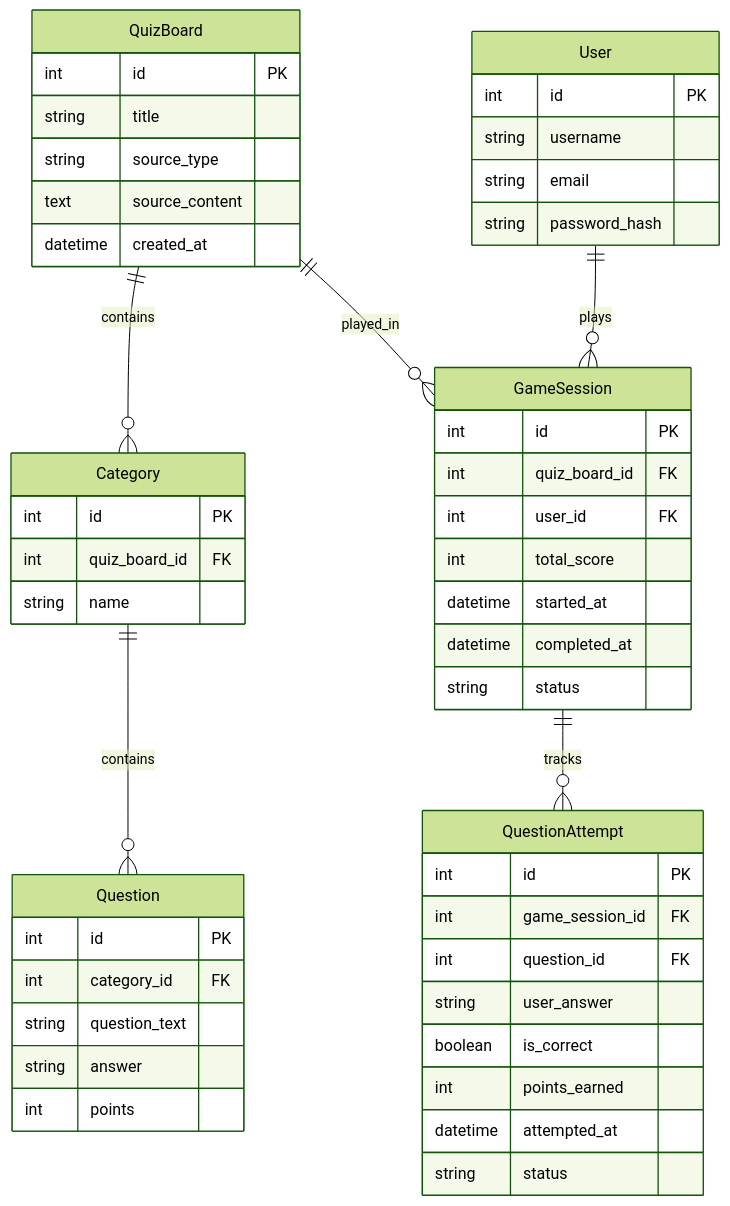
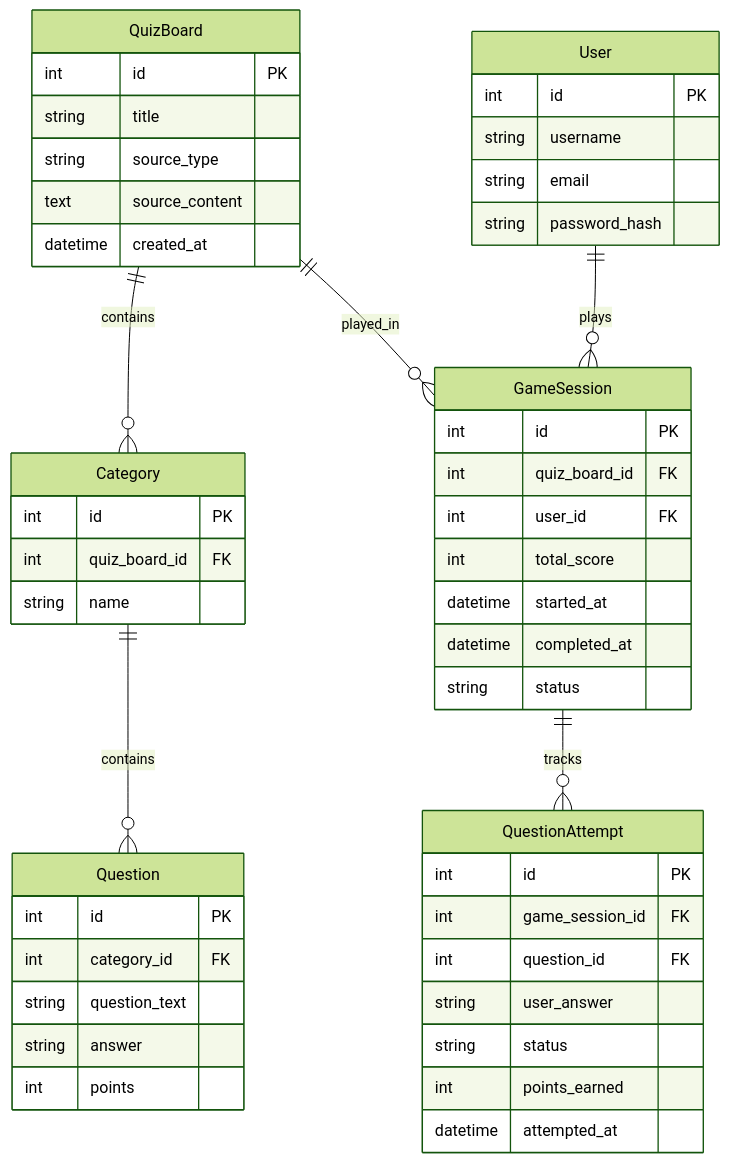
Before and after one commit to mental1337/jeopardyze: the second of 4 diagrams in docs/project_design_doc.md, drawn with Mermaid (forest theme). The commit also changed other lines of this file and 26 other files, not shown here.

````diff
--- a/docs/project_design_doc.md
+++ b/docs/project_design_doc.md
@@ -38,58 +38,58 @@
 ```mermaid
 erDiagram
     QuizBoard ||--o{ Category : contains
     Category ||--o{ Question : contains
     QuizBoard ||--o{ GameSession : played_in
     User ||--o{ GameSession : plays
     GameSession ||--o{ QuestionAttempt : tracks
 
     QuizBoard {
         int id PK
         string title
         string source_type
         text source_content
         datetime created_at
     }
 
     Category {
         int id PK
         int quiz_board_id FK
         string name
     }
 
     Question {
         int id PK
         int category_id FK
         string question_text
         string answer
         int points
     }
 
     GameSession {
         int id PK
         int quiz_board_id FK
         int user_id FK
         int total_score
         datetime started_at
         datetime completed_at
         string status
     }
 
     QuestionAttempt {
         int id PK
         int game_session_id FK
         int question_id FK
         string user_answer
-        boolean is_correct
+        string status
         int points_earned
         datetime attempted_at
-        string status
+        
     }
 
     User {
         int id PK
         string username
         string email
         string password_hash
     }
 ```
````
